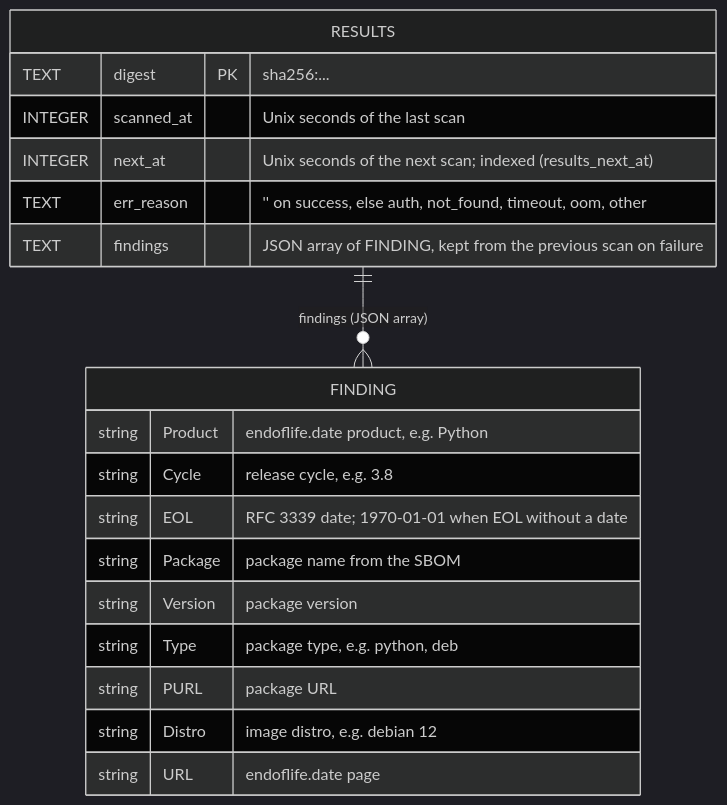
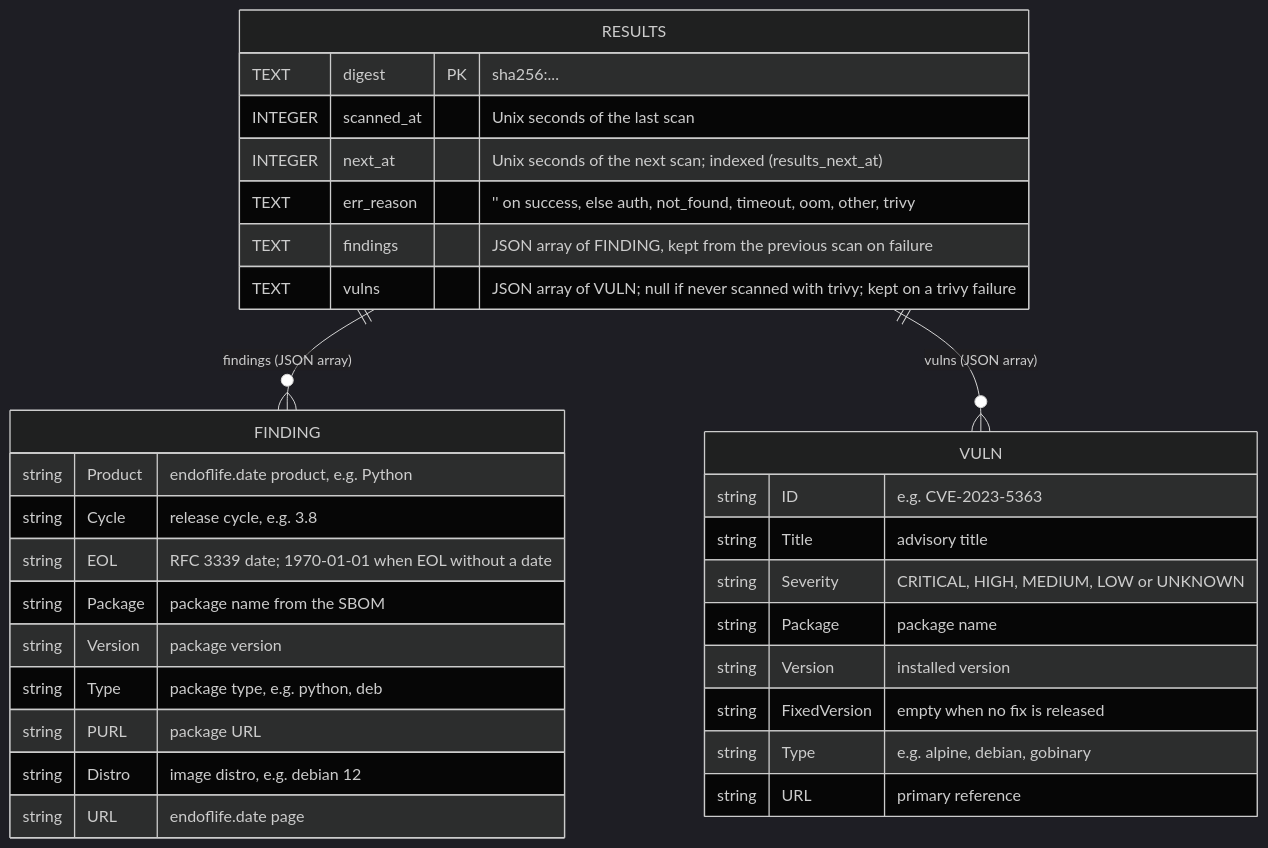
Before and after one commit to Rishang/xeol-operator: the diagram in openspec/specs/image-scanning/spec.md, drawn with Mermaid (dark theme). The commit also changed other lines of this file and 131 other files, not shown here.

````diff
--- a/openspec/specs/image-scanning/spec.md
+++ b/openspec/specs/image-scanning/spec.md
@@ -47,22 +47,34 @@
 ```mermaid
 erDiagram
     RESULTS ||--o{ FINDING : "findings (JSON array)"
+    RESULTS ||--o{ VULN : "vulns (JSON array)"
     RESULTS {
         TEXT digest PK "sha256:..."
         INTEGER scanned_at "Unix seconds of the last scan"
         INTEGER next_at "Unix seconds of the next scan; indexed (results_next_at)"
-        TEXT err_reason "'' on success, else auth, not_found, timeout, oom, other"
+        TEXT err_reason "'' on success, else auth, not_found, timeout, oom, other, trivy"
         TEXT findings "JSON array of FINDING, kept from the previous scan on failure"
+        TEXT vulns "JSON array of VULN; null if never scanned with trivy; kept on a trivy failure"
     }
     FINDING {
         string Product "endoflife.date product, e.g. Python"
         string Cycle "release cycle, e.g. 3.8"
         string EOL "RFC 3339 date; 1970-01-01 when EOL without a date"
         string Package "package name from the SBOM"
         string Version "package version"
         string Type "package type, e.g. python, deb"
         string PURL "package URL"
         string Distro "image distro, e.g. debian 12"
         string URL "endoflife.date page"
     }
+    VULN {
+        string ID "e.g. CVE-2023-5363"
+        string Title "advisory title"
+        string Severity "CRITICAL, HIGH, MEDIUM, LOW or UNKNOWN"
+        string Package "package name"
+        string Version "installed version"
+        string FixedVersion "empty when no fix is released"
+        string Type "e.g. alpine, debian, gobinary"
+        string URL "primary reference"
+    }
 ```
````
